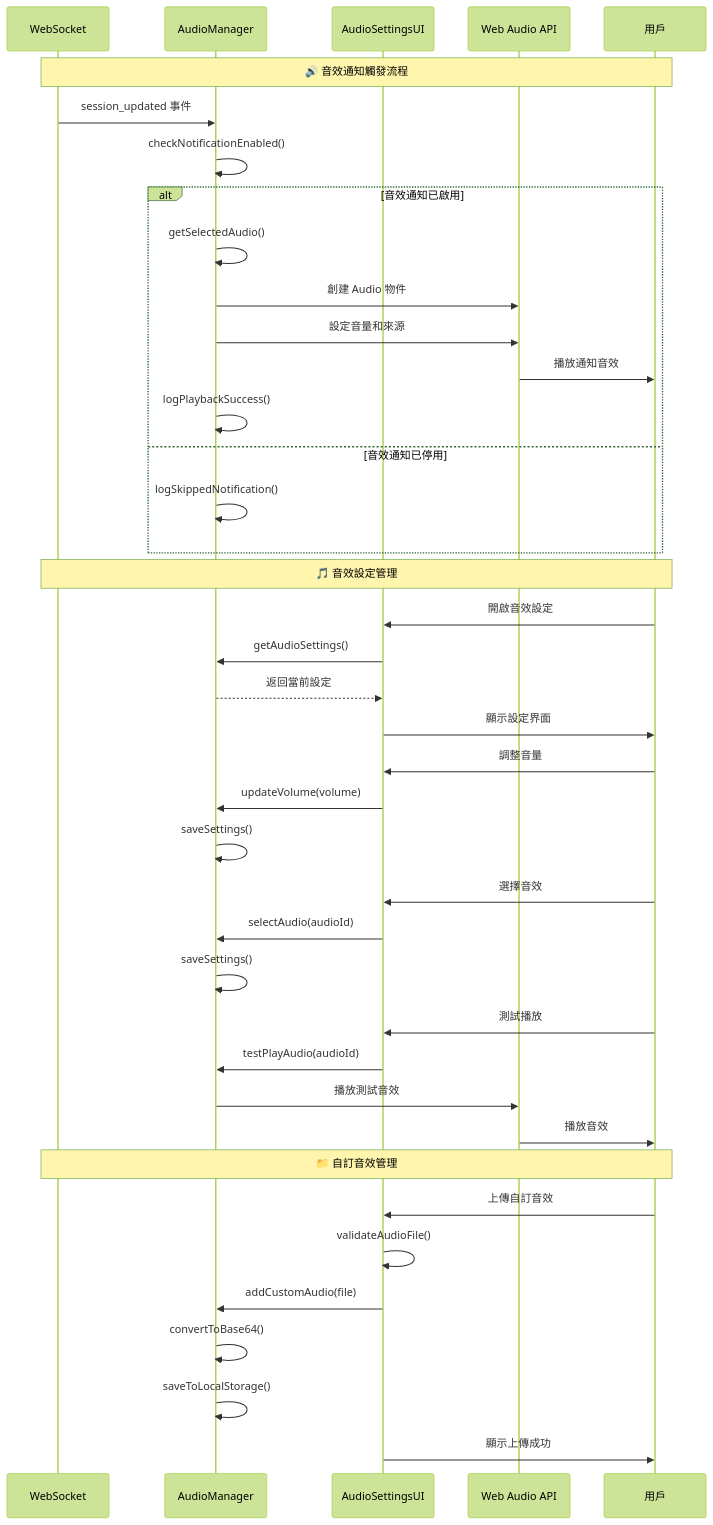
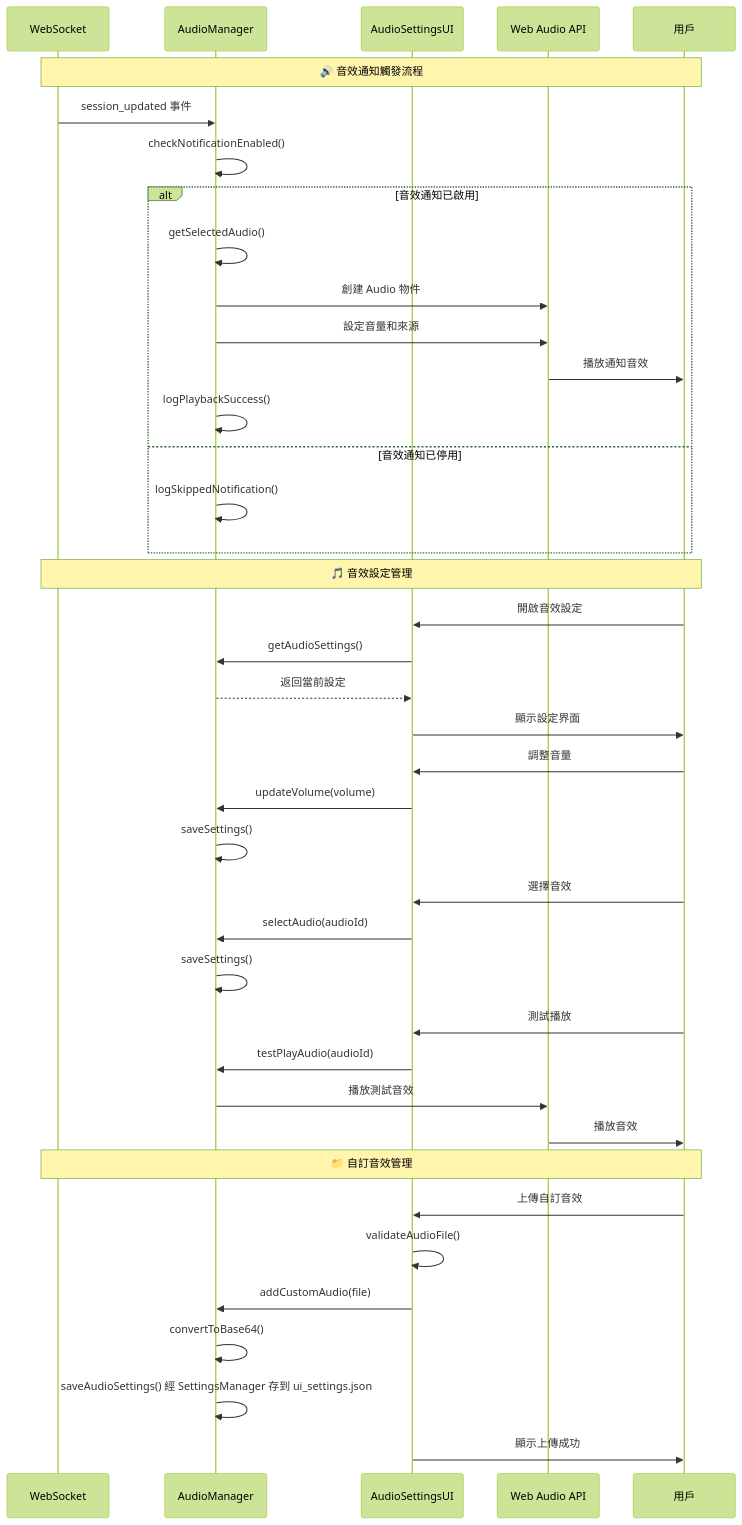
Before and after one commit to CloudEngineHub/mcp-feedback-enhanced: the ninth of 12 diagrams in docs/architecture/interaction-flows.md, drawn with Mermaid (forest theme). The commit also changed other lines of this file and 3 other files, not shown here.

Commit message:
📝 架構文件改正會話歷史與設定的存放位置（伺服器端 ~/.config 而非 localStorage），交互流程圖改用 getStats() 與實際的 WebSocket 訊息類型

````diff
--- a/docs/architecture/interaction-flows.md
+++ b/docs/architecture/interaction-flows.md
@@ -610,48 +610,48 @@
 ```mermaid
 sequenceDiagram
     participant WS as WebSocket
     participant AM as AudioManager
     participant ASU as AudioSettingsUI
     participant AUDIO as Web Audio API
     participant User as 用戶
 
     Note over WS,User: 🔊 音效通知觸發流程
     WS->>AM: session_updated 事件
     AM->>AM: checkNotificationEnabled()
     alt 音效通知已啟用
         AM->>AM: getSelectedAudio()
         AM->>AUDIO: 創建 Audio 物件
         AM->>AUDIO: 設定音量和來源
         AUDIO->>User: 播放通知音效
         AM->>AM: logPlaybackSuccess()
     else 音效通知已停用
         AM->>AM: logSkippedNotification()
     end
 
     Note over WS,User: 🎵 音效設定管理
     User->>ASU: 開啟音效設定
     ASU->>AM: getAudioSettings()
     AM-->>ASU: 返回當前設定
     ASU->>User: 顯示設定界面
 
     User->>ASU: 調整音量
     ASU->>AM: updateVolume(volume)
     AM->>AM: saveSettings()
 
     User->>ASU: 選擇音效
     ASU->>AM: selectAudio(audioId)
     AM->>AM: saveSettings()
 
     User->>ASU: 測試播放
     ASU->>AM: testPlayAudio(audioId)
     AM->>AUDIO: 播放測試音效
     AUDIO->>User: 播放音效
 
     Note over WS,User: 📁 自訂音效管理
     User->>ASU: 上傳自訂音效
     ASU->>ASU: validateAudioFile()
     ASU->>AM: addCustomAudio(file)
     AM->>AM: convertToBase64()
-    AM->>AM: saveToLocalStorage()
+    AM->>AM: saveAudioSettings() 經 SettingsManager 存到 ui_settings.json
     ASU->>User: 顯示上傳成功
 ```
````
